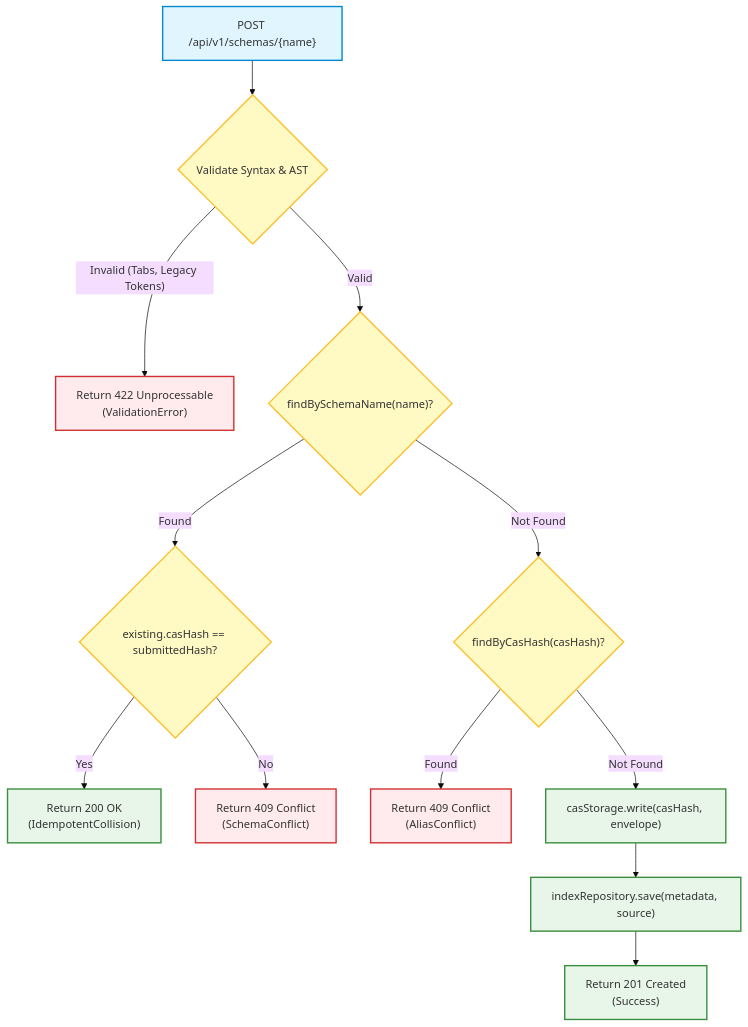
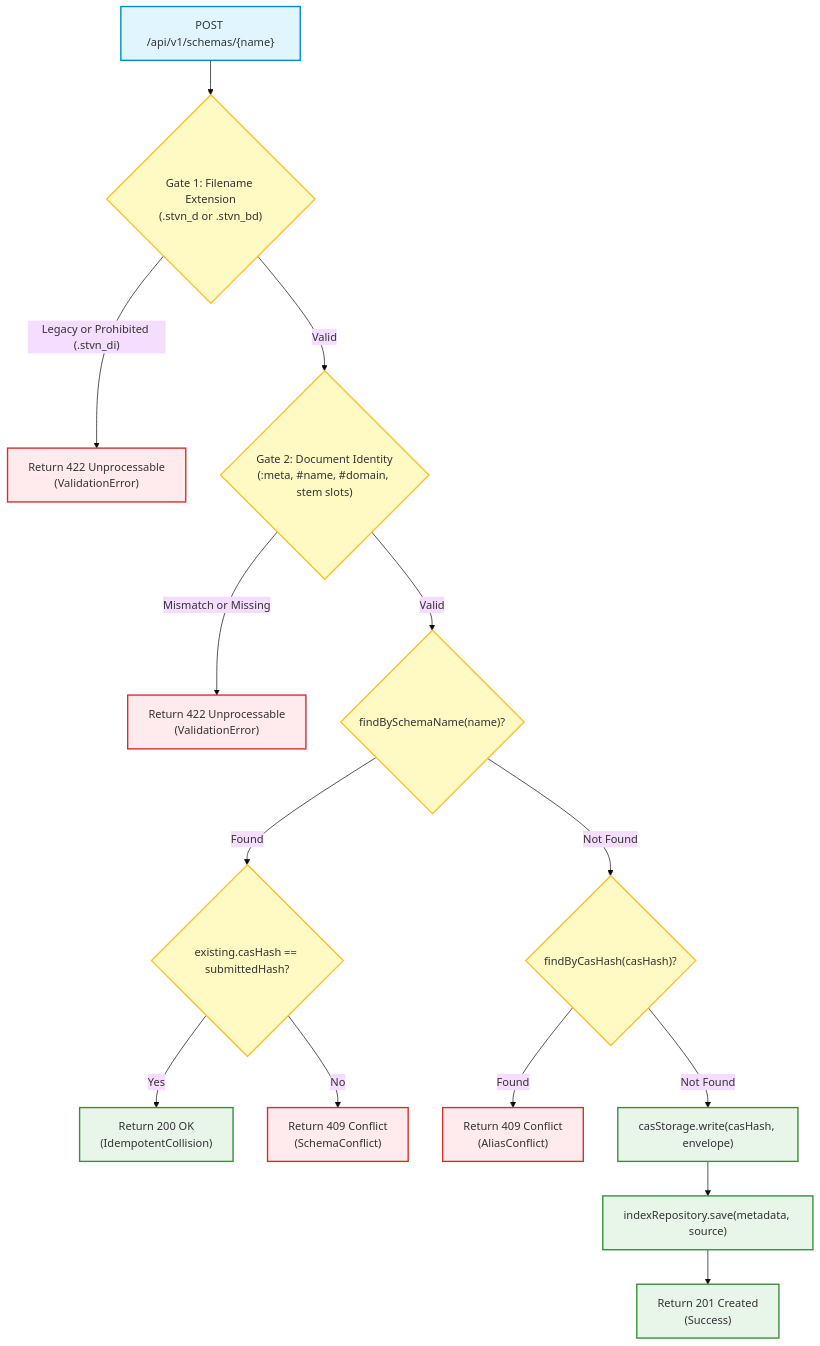
The third of 3 diagrams in docs/architecture/STVN_REPOSITORY_SPEC.md (chaotic3quilibrium/stvnadore-repository), drawn with Mermaid (base theme) before and after one commit. The commit also changed other lines of this file and 21 other files, not shown here.

Commit message:
Refactor to incorporate new document identity and CAS hash generation completed in core

````diff
--- a/docs/architecture/STVN_REPOSITORY_SPEC.md
+++ b/docs/architecture/STVN_REPOSITORY_SPEC.md
@@ -231,22 +234,25 @@
 ```mermaid
 flowchart TD
     classDef start fill:#E1F5FE,stroke:#0288D1,stroke-width:2px;
     classDef check fill:#FFF9C4,stroke:#FBC02D,stroke-width:2px;
     classDef action fill:#E8F5E9,stroke:#388E3C,stroke-width:2px;
     classDef error fill:#FFEBEE,stroke:#D32F2F,stroke-width:2px;
 
-    Start["POST /api/v1/schemas/{name}"]:::start --> Validate{"Validate Syntax & AST"}:::check
-    Validate -- "Invalid (Tabs, Legacy Tokens)" --> ErrValid["Return 422 Unprocessable\n(ValidationError)"]:::error
-    Validate -- "Valid" --> PrecheckName{"findBySchemaName(name)?"}:::check
+    Start["POST /api/v1/schemas/{name}"]:::start --> Gate1{"Gate 1: Filename Extension\n(.stvn_d or .stvn_bd)"}:::check
+    Gate1 -- "Legacy or Prohibited (.stvn_di)" --> ErrGate1["Return 422 Unprocessable\n(ValidationError)"]:::error
+    Gate1 -- "Valid" --> Gate2{"Gate 2: Document Identity\n(:meta, #name, #domain, stem slots)"}:::check
+
+    Gate2 -- "Mismatch or Missing" --> ErrGate2["Return 422 Unprocessable\n(ValidationError)"]:::error
+    Gate2 -- "Valid" --> PrecheckName{"findBySchemaName(name)?"}:::check
 
     PrecheckName -- "Found" --> CheckHashMatch{"existing.casHash == submittedHash?"}:::check
     CheckHashMatch -- "Yes" --> RetIdempotent["Return 200 OK\n(IdempotentCollision)"]:::action
     CheckHashMatch -- "No" --> ErrMutation["Return 409 Conflict\n(SchemaConflict)"]:::error
 
     PrecheckName -- "Not Found" --> PrecheckHash{"findByCasHash(casHash)?"}:::check
     PrecheckHash -- "Found" --> ErrAlias["Return 409 Conflict\n(AliasConflict)"]:::error
     PrecheckHash -- "Not Found" --> WriteCAS["casStorage.write(casHash, envelope)"]:::action
 
     WriteCAS --> SaveDB["indexRepository.save(metadata, source)"]:::action
     SaveDB --> RetCreated["Return 201 Created\n(Success)"]:::action
 ```
````
